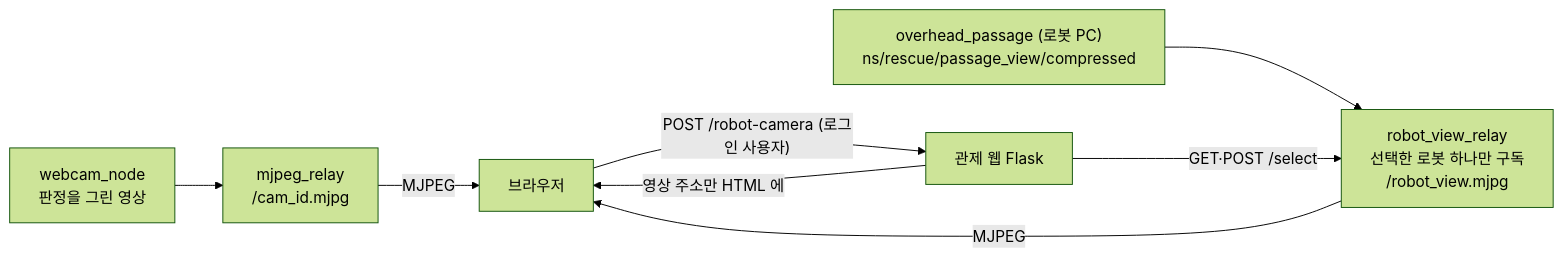
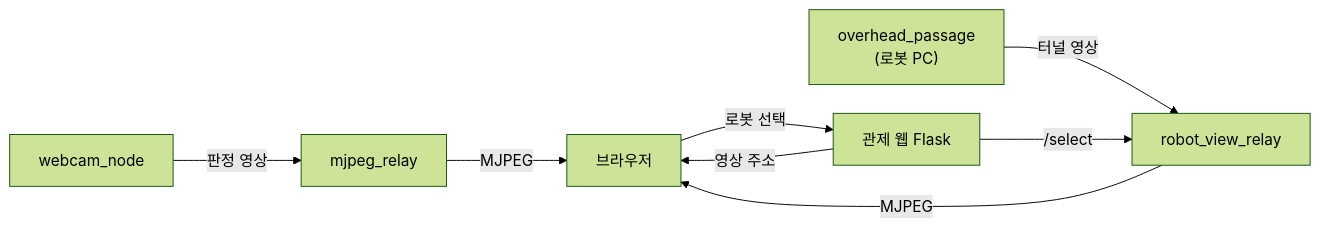
One commit to mi1nn/ROKEY-7-public changed the third of 3 diagrams in docs/design/console-architecture.md. Above: the diagram before and after it, drawn with Mermaid (forest theme). The commit also changed other lines of this file, not shown here.

````diff
--- a/docs/design/console-architecture.md
+++ b/docs/design/console-architecture.md
@@ -100,14 +115,17 @@
 ```mermaid
+%%{init: {"flowchart": {"rankSpacing": 70, "nodeSpacing": 30}}}%%
 flowchart LR
-  WN["webcam_node<br/>판정을 그린 영상"]
-  OP["overhead_passage (로봇 PC)<br/>ns/rescue/passage_view/compressed"]
-  MJ["mjpeg_relay<br/>/cam_id.mjpg"]
-  RV["robot_view_relay<br/>선택한 로봇 하나만 구독<br/>/robot_view.mjpg"]
+  WN["webcam_node"]
+  OP["overhead_passage<br/>(로봇 PC)"]
+  MJ["mjpeg_relay"]
+  RV["robot_view_relay"]
   F["관제 웹 Flask"]
   B["브라우저"]
-  WN --> MJ -- "MJPEG" --> B
-  OP --> RV -- "MJPEG" --> B
-  F -- "영상 주소만 HTML 에" --> B
-  B -- "POST /robot-camera (로그인 사용자)" --> F
-  F -- "GET·POST /select" --> RV
+  WN -- "판정 영상" --> MJ
+  MJ -- "MJPEG" --> B
+  OP -- "터널 영상" --> RV
+  RV -- "MJPEG" --> B
+  F -- "영상 주소" --> B
+  B -- "로봇 선택" --> F
+  F -- "/select" --> RV
 ```
````
